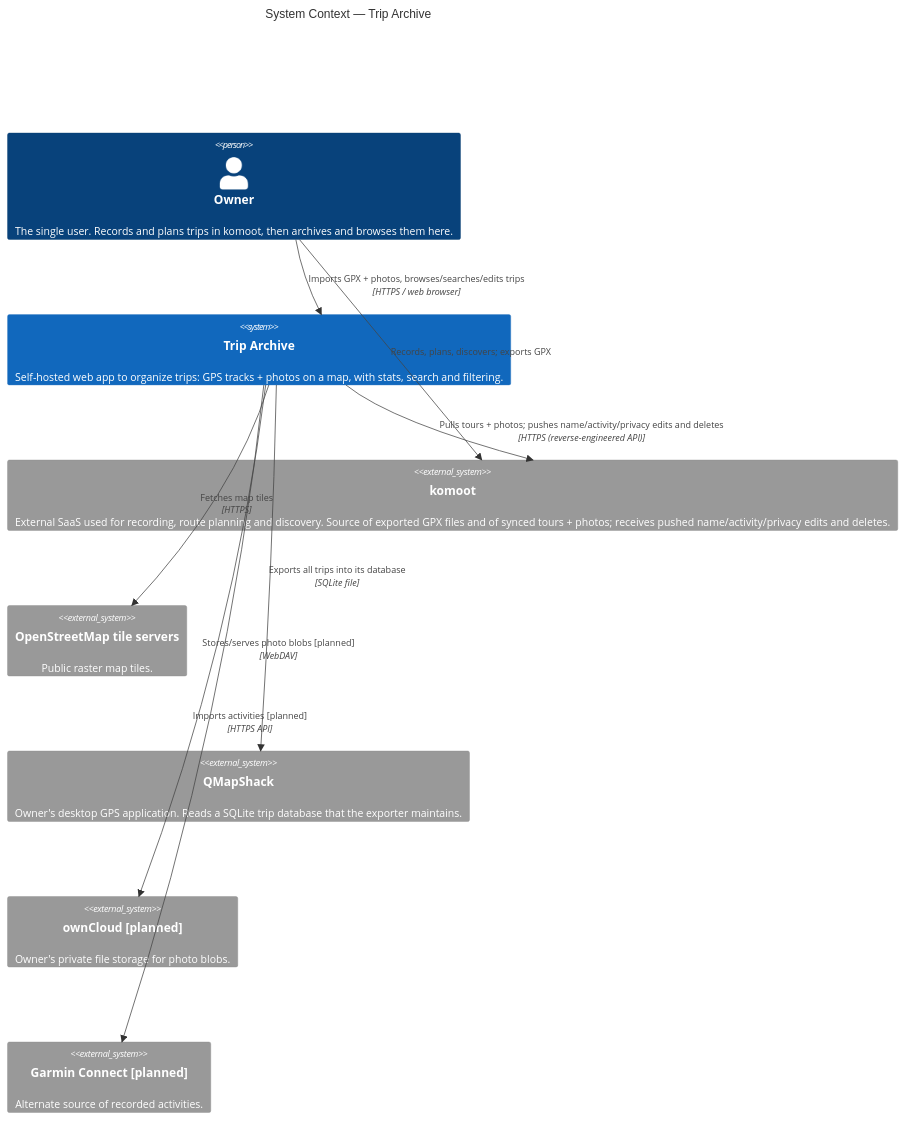
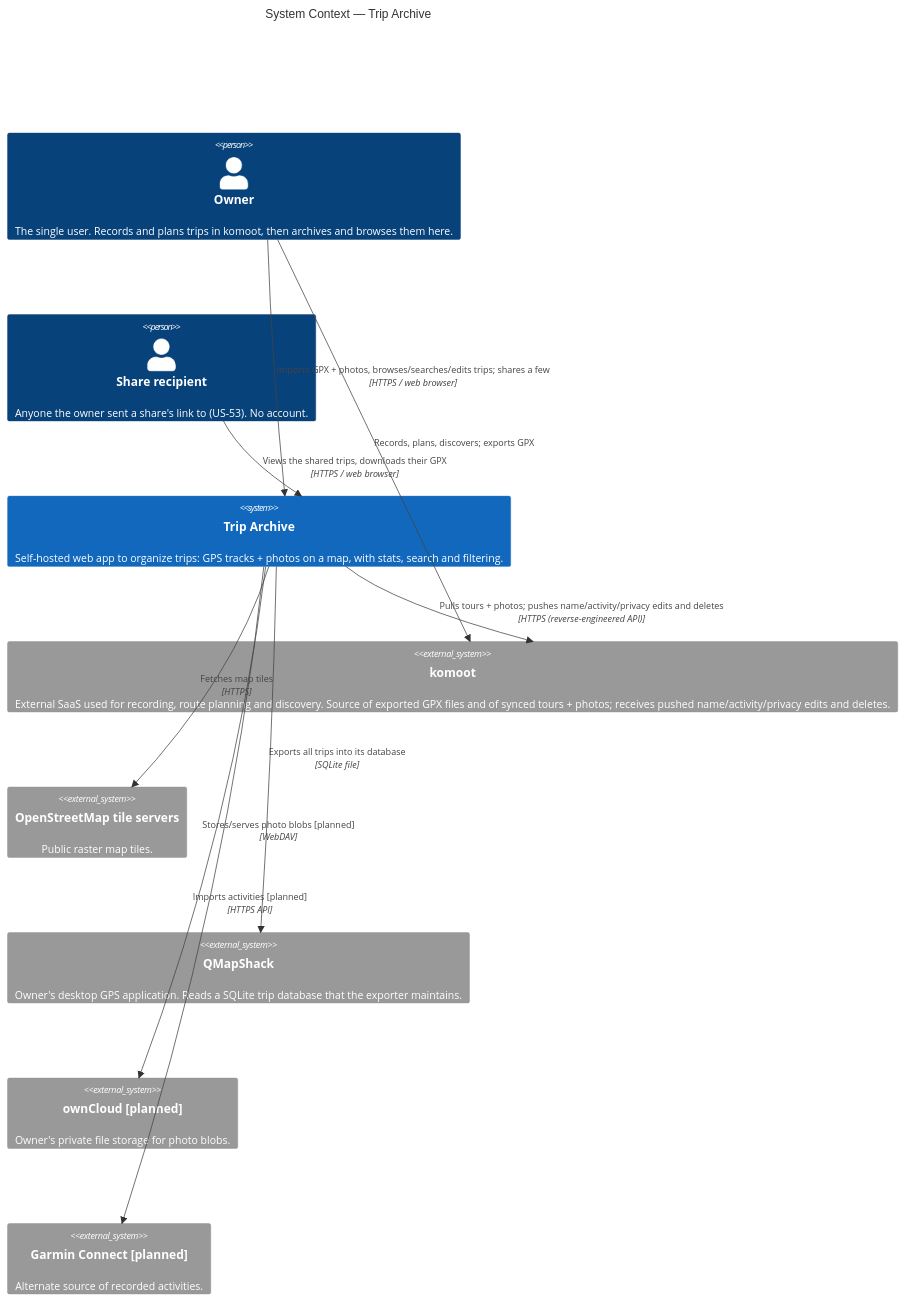
One commit to andreasholzner/gps-trips changed the first of 4 diagrams in docs/architecture.md. Above: the diagram before and after it, drawn with Mermaid. The commit also changed other lines of this file, not shown here.

Commit message:
US-53: Show shares in the architecture

````diff
--- a/docs/architecture.md
+++ b/docs/architecture.md
@@ -37,24 +37,26 @@
 ```mermaid
 C4Context
     title System Context — Trip Archive
 
     Person(owner, "Owner", "The single user. Records and plans trips in komoot, then archives and browses them here.")
+    Person(recipient, "Share recipient", "Anyone the owner sent a share's link to (US-53). No account.")
 
     System(tripArchive, "Trip Archive", "Self-hosted web app to organize trips: GPS tracks + photos on a map, with stats, search and filtering.")
 
     System_Ext(komoot, "komoot", "External SaaS used for recording, route planning and discovery. Source of exported GPX files and of synced tours + photos; receives pushed name/activity/privacy edits and deletes.")
     System_Ext(osm, "OpenStreetMap tile servers", "Public raster map tiles.")
     System_Ext(qms, "QMapShack", "Owner's desktop GPS application. Reads a SQLite trip database that the exporter maintains.")
     System_Ext(owncloud, "ownCloud [planned]", "Owner's private file storage for photo blobs.")
     System_Ext(garmin, "Garmin Connect [planned]", "Alternate source of recorded activities.")
 
     Rel(owner, komoot, "Records, plans, discovers; exports GPX")
-    Rel(owner, tripArchive, "Imports GPX + photos, browses/searches/edits trips", "HTTPS / web browser")
+    Rel(owner, tripArchive, "Imports GPX + photos, browses/searches/edits trips; shares a few", "HTTPS / web browser")
+    Rel(recipient, tripArchive, "Views the shared trips, downloads their GPX", "HTTPS / web browser")
     Rel(tripArchive, osm, "Fetches map tiles", "HTTPS")
     Rel(tripArchive, owncloud, "Stores/serves photo blobs [planned]", "WebDAV")
     Rel(tripArchive, garmin, "Imports activities [planned]", "HTTPS API")
     Rel(tripArchive, komoot, "Pulls tours + photos; pushes name/activity/privacy edits and deletes", "HTTPS (reverse-engineered API)")
     Rel(tripArchive, qms, "Exports all trips into its database", "SQLite file")
 
     UpdateLayoutConfig($c4ShapeInRow="2", $c4BoundaryInRow="1")
 ```
````
